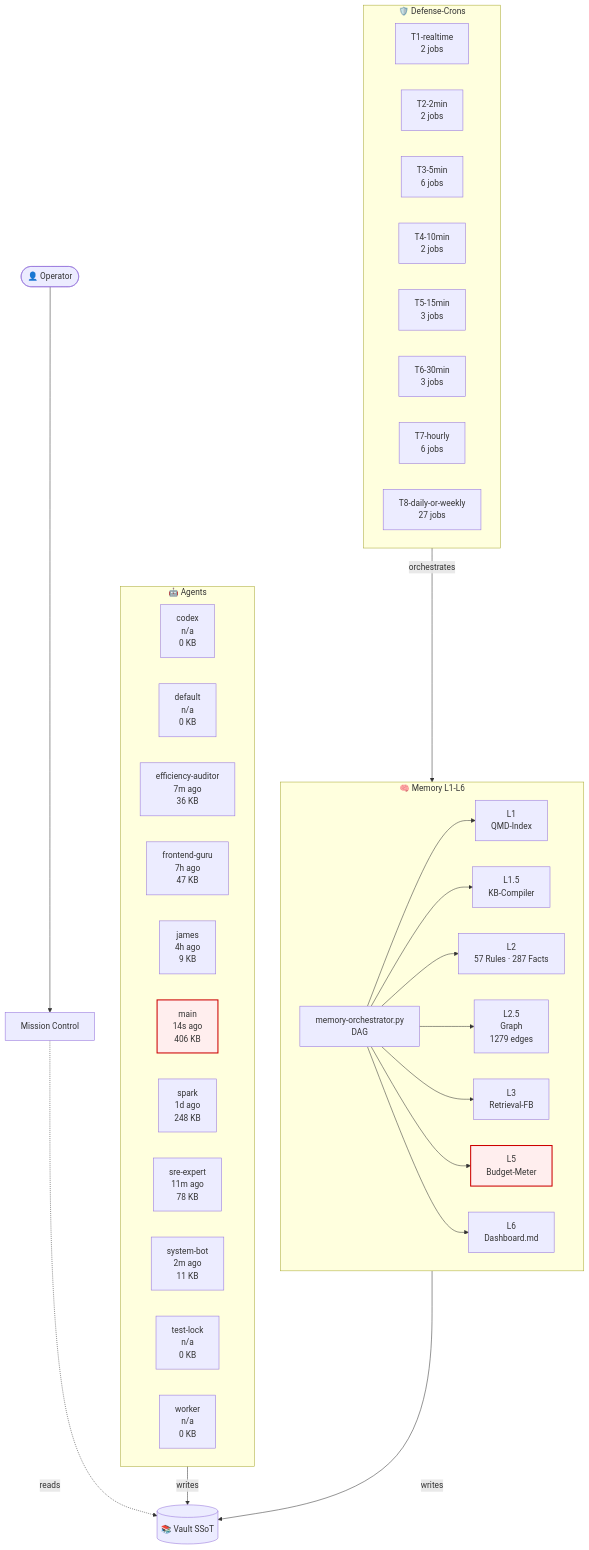
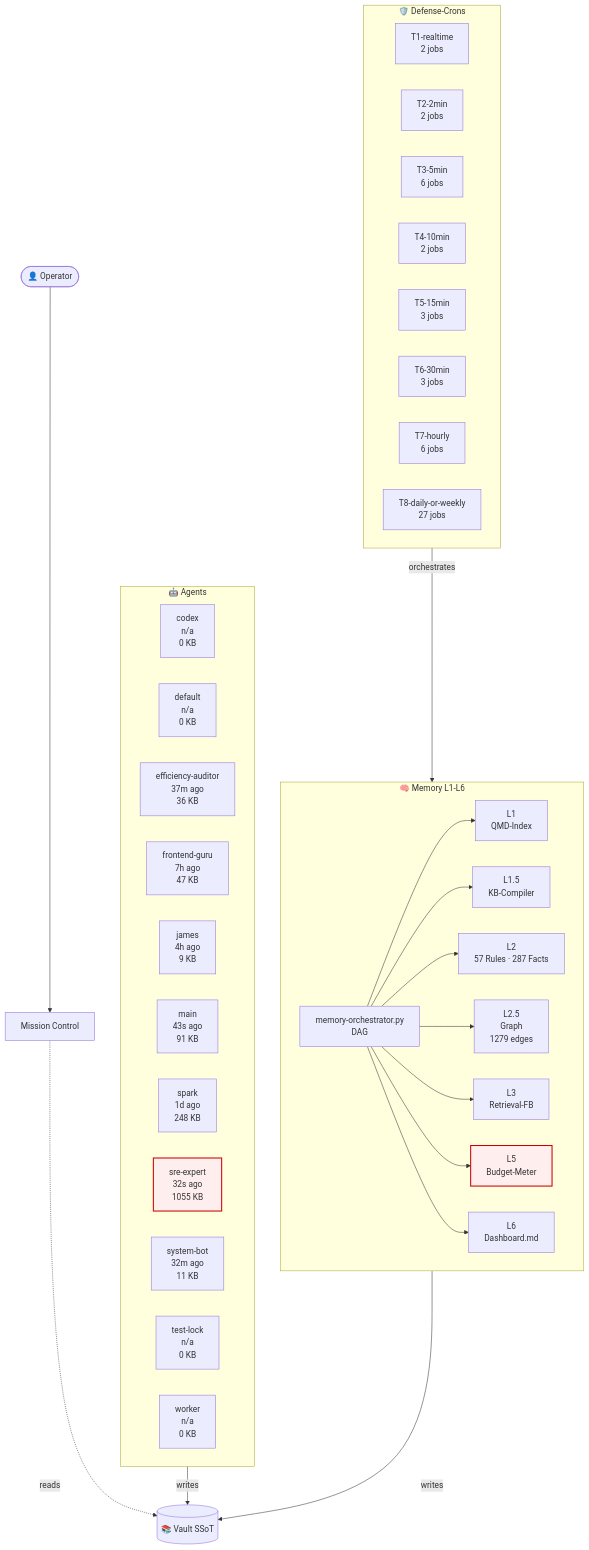
The diagram in 03-Agents/architecture-live.md (lenardhuebner88-rgb/openclaw-memory), drawn with Mermaid before and after one commit. The commit also changed other lines of this file and 15 other files, not shown here.

````diff
--- a/03-Agents/architecture-live.md
+++ b/03-Agents/architecture-live.md
@@ -18,54 +18,54 @@
 ```mermaid
 flowchart TB
     classDef critical fill:#fee,stroke:#c00,stroke-width:2px;
     subgraph AGT["🤖 Agents"]
         agent_codex["codex<br/>n/a<br/>0 KB"]
         agent_default["default<br/>n/a<br/>0 KB"]
-        agent_efficiency_auditor["efficiency-auditor<br/>7m ago<br/>36 KB"]
+        agent_efficiency_auditor["efficiency-auditor<br/>37m ago<br/>36 KB"]
         agent_frontend_guru["frontend-guru<br/>7h ago<br/>47 KB"]
         agent_james["james<br/>4h ago<br/>9 KB"]
-        agent_main["main<br/>14s ago<br/>406 KB"]
+        agent_main["main<br/>43s ago<br/>91 KB"]
         agent_spark["spark<br/>1d ago<br/>248 KB"]
-        agent_sre_expert["sre-expert<br/>11m ago<br/>78 KB"]
-        agent_system_bot["system-bot<br/>2m ago<br/>11 KB"]
+        agent_sre_expert["sre-expert<br/>32s ago<br/>1055 KB"]
+        agent_system_bot["system-bot<br/>32m ago<br/>11 KB"]
         agent_test_lock["test-lock<br/>n/a<br/>0 KB"]
         agent_worker["worker<br/>n/a<br/>0 KB"]
     end
     subgraph MEM["🧠 Memory L1-L6"]
         L1["L1<br/>QMD-Index"]
         L15["L1.5<br/>KB-Compiler"]
         L2["L2<br/>57 Rules · 287 Facts"]
         L25["L2.5<br/>Graph<br/>1279 edges"]
         L3["L3<br/>Retrieval-FB"]
         L5["L5<br/>Budget-Meter"]
         L6["L6<br/>Dashboard.md"]
         ORCH["memory-orchestrator.py<br/>DAG"]
     end
     subgraph CRN["🛡️ Defense-Crons"]
         tier_T1_realtime["T1-realtime<br/>2 jobs"]
         tier_T2_2min["T2-2min<br/>2 jobs"]
         tier_T3_5min["T3-5min<br/>6 jobs"]
         tier_T4_10min["T4-10min<br/>2 jobs"]
         tier_T5_15min["T5-15min<br/>3 jobs"]
         tier_T6_30min["T6-30min<br/>3 jobs"]
         tier_T7_hourly["T7-hourly<br/>6 jobs"]
         tier_T8_daily_or_weekly["T8-daily-or-weekly<br/>27 jobs"]
     end
     VAULT[("📚 Vault SSoT")]
     OP([👤 Operator])
     MC["Mission Control"]
     OP --> MC
     MC -.reads.-> VAULT
     AGT -->|writes| VAULT
     MEM -->|writes| VAULT
     ORCH --> L1
     ORCH --> L15
     ORCH --> L2
     ORCH --> L25
     ORCH --> L3
     ORCH --> L5
     ORCH --> L6
     CRN -->|orchestrates| MEM
     class L5 critical
-    class agent_main critical
+    class agent_sre_expert critical
 ```
````
